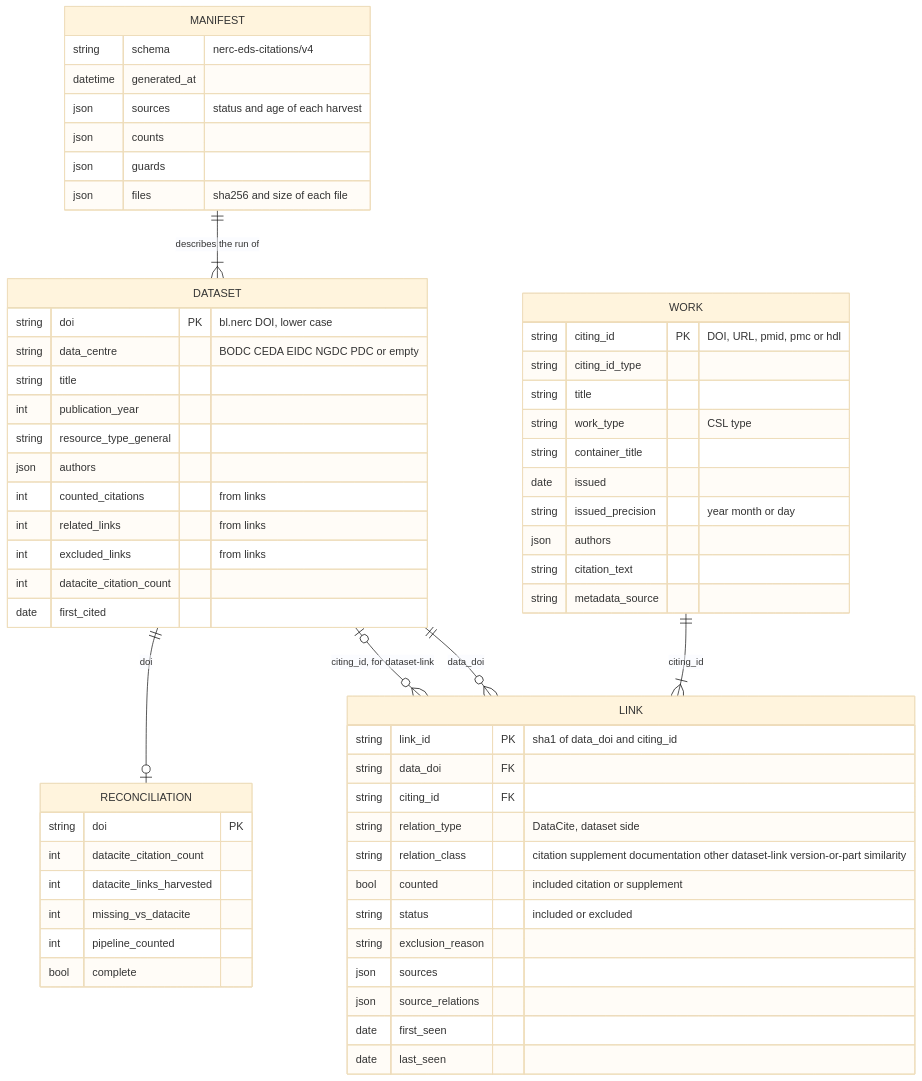
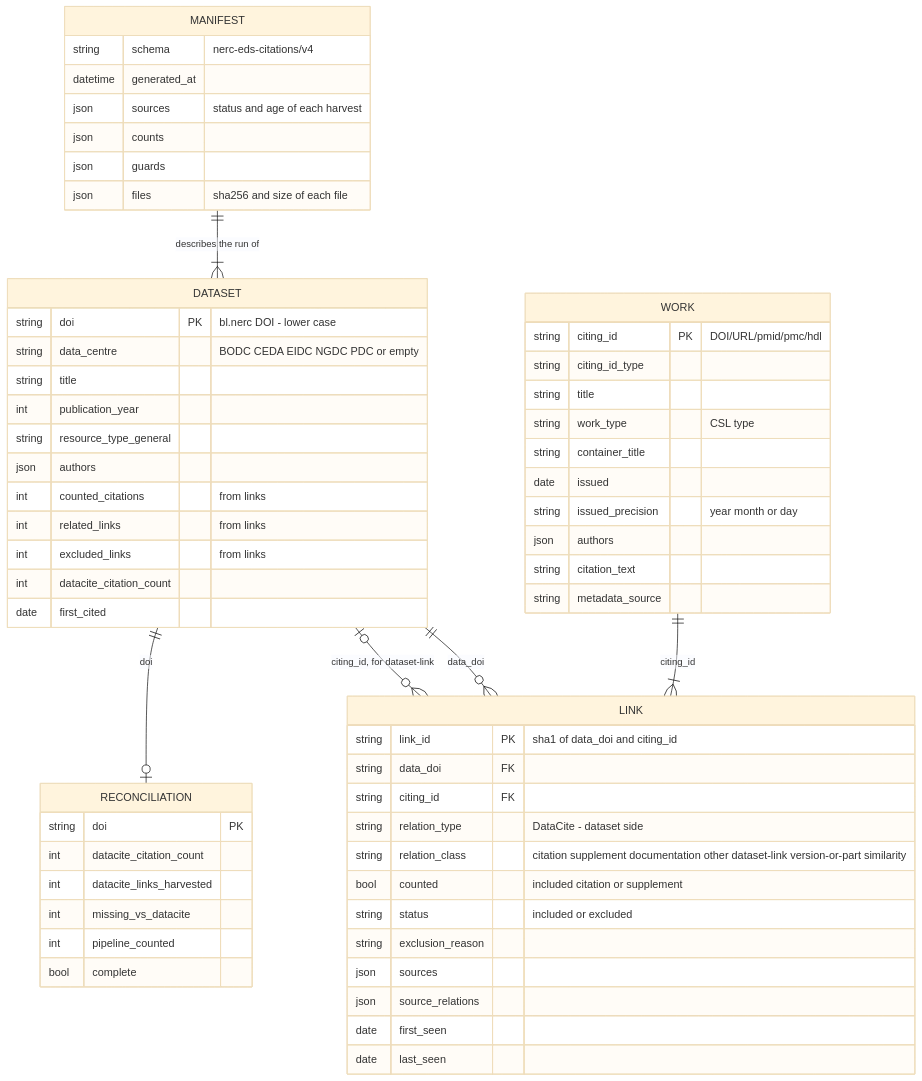
The diagram in README.md (NERC-EDS/citationNotebook), drawn with Mermaid (base theme) before and after one commit.

Commit message:
Mermaid update

````diff
--- a/README.md
+++ b/README.md
@@ -115,64 +115,64 @@
 ```mermaid
 erDiagram
     DATASET ||--o{ LINK : "data_doi"
     WORK ||--|{ LINK : "citing_id"
     DATASET |o--o{ LINK : "citing_id, for dataset-link"
     DATASET ||--o| RECONCILIATION : "doi"
     MANIFEST ||--|{ DATASET : "describes the run of"
 
     DATASET {
-        string doi PK "bl.nerc DOI, lower case"
+        string doi PK "bl.nerc DOI - lower case"
         string data_centre "BODC CEDA EIDC NGDC PDC or empty"
         string title
         int publication_year
         string resource_type_general
         json authors
         int counted_citations "from links"
         int related_links "from links"
         int excluded_links "from links"
         int datacite_citation_count
         date first_cited
     }
     LINK {
         string link_id PK "sha1 of data_doi and citing_id"
         string data_doi FK
         string citing_id FK
-        string relation_type "DataCite, dataset side"
+        string relation_type "DataCite - dataset side"
         string relation_class "citation supplement documentation other dataset-link version-or-part similarity"
         bool counted "included citation or supplement"
         string status "included or excluded"
         string exclusion_reason
         json sources
         json source_relations
         date first_seen
         date last_seen
     }
     WORK {
-        string citing_id PK "DOI, URL, pmid, pmc or hdl"
+        string citing_id PK "DOI/URL/pmid/pmc/hdl"
         string citing_id_type
         string title
         string work_type "CSL type"
         string container_title
         date issued
         string issued_precision "year month or day"
         json authors
         string citation_text
         string metadata_source
     }
     RECONCILIATION {
         string doi PK
         int datacite_citation_count
         int datacite_links_harvested
         int missing_vs_datacite
         int pipeline_counted
         bool complete
     }
     MANIFEST {
         string schema "nerc-eds-citations/v4"
         datetime generated_at
         json sources "status and age of each harvest"
         json counts
         json guards
         json files "sha256 and size of each file"
     }
 ```
````
